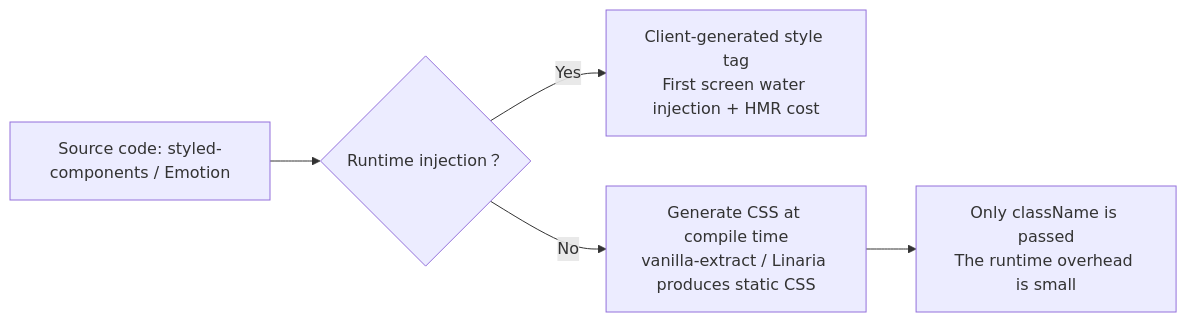
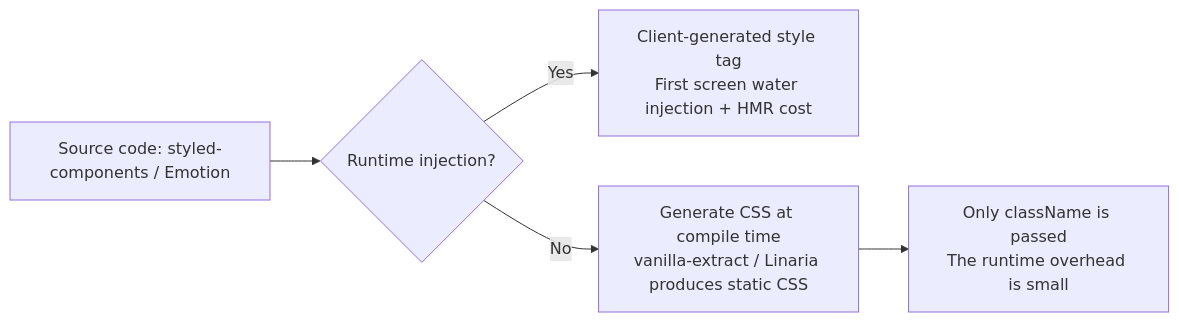
The diagram in website/i18n/en/docusaurus-plugin-content-docs/current/tailwindcss/history/history-css-in-js.mdx (sonofmagic/weapp-tailwindcss), drawn with Mermaid before and after one commit. The commit also changed 68 other files, not shown here.

````diff
--- a/website/i18n/en/docusaurus-plugin-content-docs/current/tailwindcss/history/history-css-in-js.mdx
+++ b/website/i18n/en/docusaurus-plugin-content-docs/current/tailwindcss/history/history-css-in-js.mdx
@@ -175,8 +175,8 @@
 ```mermaid
 %%{ init: { "flowchart": { "curve": "basis" } } }%%
 flowchart LR
-A["Source code: styled-components / Emotion"] --> B{"Runtime injection？"}
+A["Source code: styled-components / Emotion"] --> B{"Runtime injection?"}
 B -->|Yes| C["Client-generated style tag\nFirst screen water injection + HMR cost"]
 B -->|No| D["Generate CSS at compile time\nvanilla-extract / Linaria produces static CSS"]
 D --> E["Only className is passed\nThe runtime overhead is small"]
 ```
````
